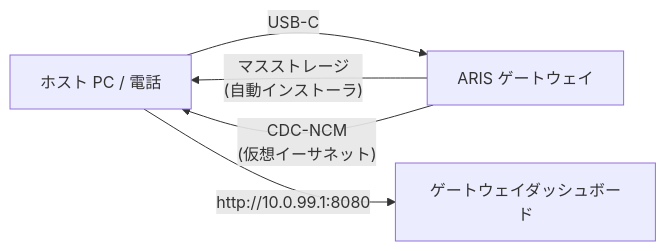
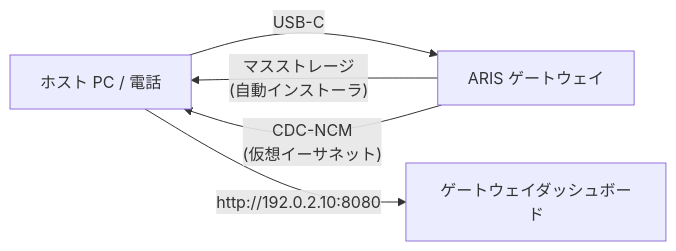
The diagram in docs/ja/guides/usb-c-provisioning.md (celestia-island/aris), drawn with Mermaid before and after one commit. The commit also changed other lines of this file and 18 other files, not shown here.

````diff
--- a/docs/ja/guides/usb-c-provisioning.md
+++ b/docs/ja/guides/usb-c-provisioning.md
@@ -26,7 +26,7 @@
 ```mermaid
 flowchart LR
     HOST["ホスト PC / 電話"] -->|"USB-C"| ARIS["ARIS ゲートウェイ"]
     ARIS -->|"マスストレージ\n(自動インストーラ)"| HOST
     ARIS -->|"CDC-NCM\n(仮想イーサネット)"| HOST
-    HOST -->|"http://10.0.99.1:8080"| DASH["ゲートウェイダッシュボード"]
+    HOST -->|"http://192.0.2.10:8080"| DASH["ゲートウェイダッシュボード"]
 ```
````
